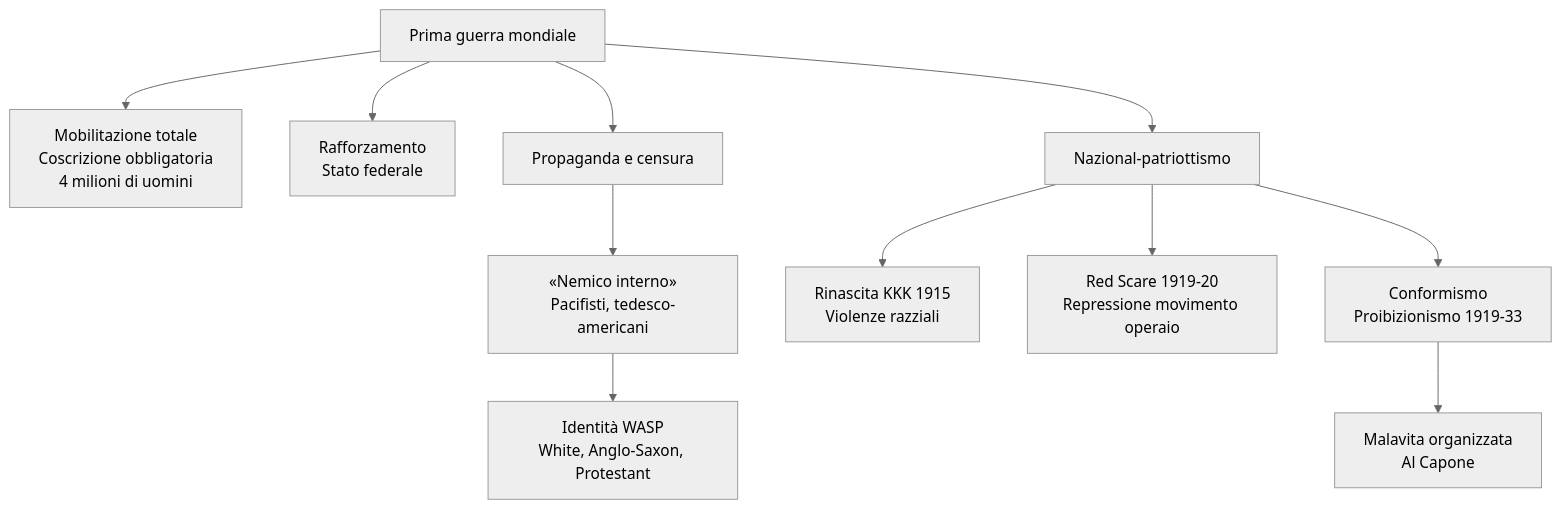
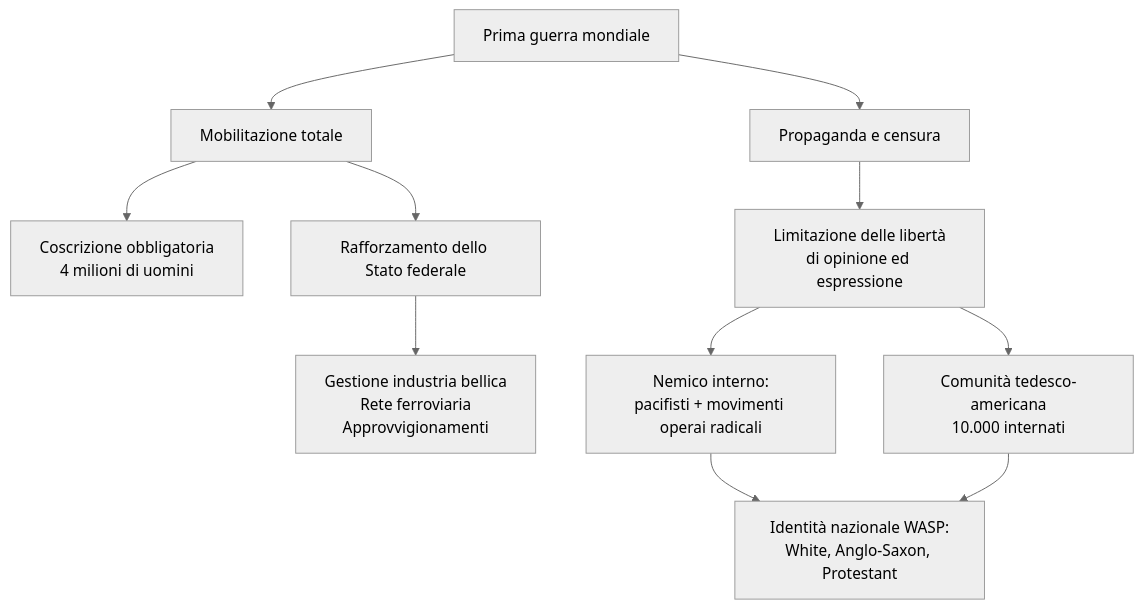
One commit to riccardo-algorime/appunti-5Bsa changed the first of 16 diagrams in storia/materiale/studio/capitolo_3.10_studio.md. Above: the diagram before and after it, drawn with Mermaid (neutral theme). The commit also changed other lines of this file and 5 other files, not shown here.

````diff
--- a/storia/materiale/studio/capitolo_3.10_studio.md
+++ b/storia/materiale/studio/capitolo_3.10_studio.md
@@ -128,13 +42,13 @@
 ```mermaid
 flowchart TD
-    A[Prima guerra mondiale] --> B[Mobilitazione totale<br/>Coscrizione obbligatoria<br/>4 milioni di uomini]
-    A --> C[Rafforzamento<br/>Stato federale]
-    A --> D[Propaganda e censura]
-    D --> E[«Nemico interno»<br/>Pacifisti, tedesco-americani]
-    E --> F[Identità WASP<br/>White, Anglo-Saxon, Protestant]
-    A --> G[Nazional-patriottismo]
-    G --> H[Rinascita KKK 1915<br/>Violenze razziali]
-    G --> I[Red Scare 1919-20<br/>Repressione movimento operaio]
-    G --> J[Conformismo<br/>Proibizionismo 1919-33]
-    J --> K[Malavita organizzata<br/>Al Capone]
+    A[Prima guerra mondiale] --> B[Mobilitazione totale]
+    B --> C[Coscrizione obbligatoria<br/>4 milioni di uomini]
+    B --> D[Rafforzamento dello Stato federale]
+    D --> E[Gestione industria bellica<br/>Rete ferroviaria<br/>Approvvigionamenti]
+    A --> F[Propaganda e censura]
+    F --> G[Limitazione delle libertà<br/>di opinione ed espressione]
+    G --> H[Nemico interno:<br/>pacifisti + movimenti operai radicali]
+    G --> I[Comunità tedesco-americana<br/>10.000 internati]
+    H --> J[Identità nazionale WASP:<br/>White, Anglo-Saxon, Protestant]
+    I --> J
 ```
````
